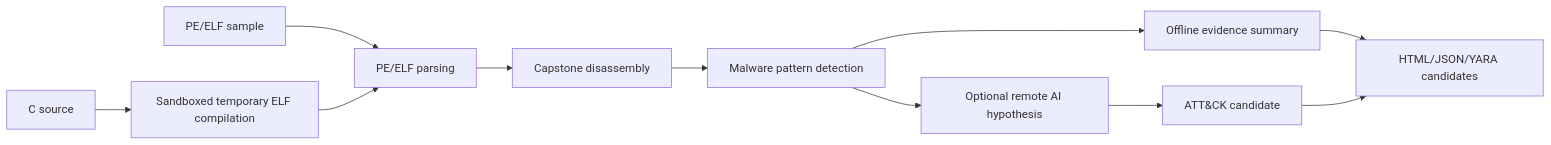
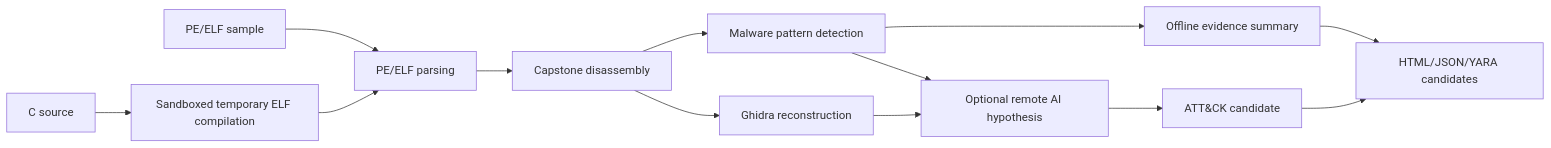
One commit to anpa1200/AIDebug changed the diagram in README.md. Above: the diagram before and after it, drawn with Mermaid. The commit also changed other lines of this file and 33 other files, not shown here.

````diff
--- a/README.md
+++ b/README.md
@@ -197,13 +255,15 @@
 ```mermaid
 flowchart LR
   Sample[PE/ELF sample] --> Parse[PE/ELF parsing]
   Source[C source] --> Compile[Sandboxed temporary ELF compilation]
   Compile --> Parse
   Parse --> Disasm[Capstone disassembly]
+  Disasm --> Ghidra[Ghidra reconstruction]
   Disasm --> Patterns[Malware pattern detection]
   Patterns --> Offline[Offline evidence summary]
   Patterns --> Remote[Optional remote AI hypothesis]
+  Ghidra --> Remote
   Remote --> Attack[ATT&CK candidate]
   Offline --> Report[HTML/JSON/YARA candidates]
   Attack --> Report
 ```
````
